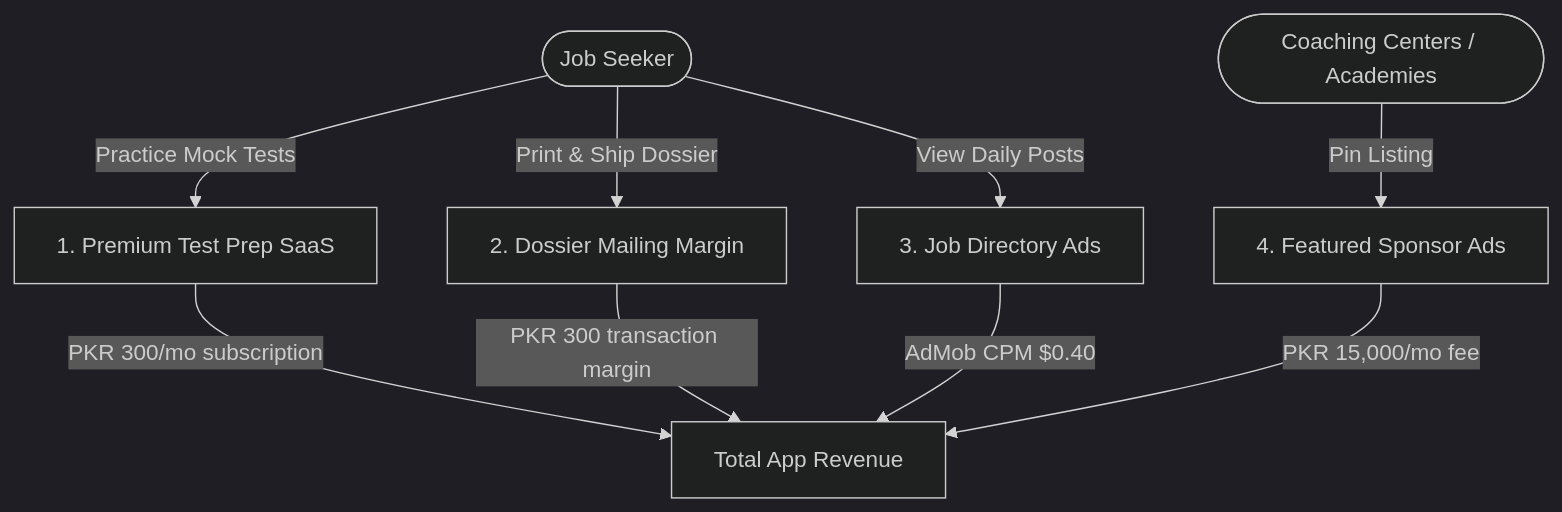
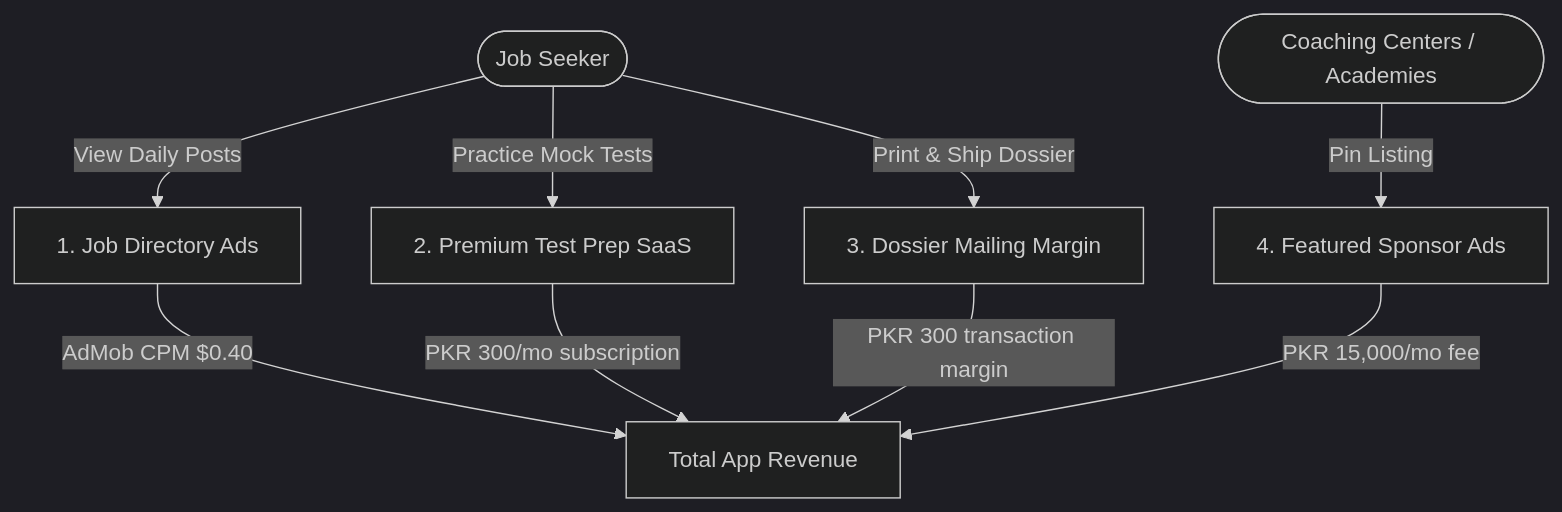
One commit to hasanjamshaid/androidapps_docs changed the diagram in SarkariNaukri/revenue_model.md. Above: the diagram before and after it, drawn with Mermaid (dark theme). The commit also changed other lines of this file and 18 other files, not shown here.

````diff
--- a/SarkariNaukri/revenue_model.md
+++ b/SarkariNaukri/revenue_model.md
@@ -22,12 +22,12 @@
 ```mermaid
 graph TD
-    User([Job Seeker]) -->|Practice Mock Tests| Prep[1. Premium Test Prep SaaS]
-    User -->|Print & Ship Dossier| Courier[2. Dossier Mailing Margin]
-    User -->|View Daily Posts| Ads[3. Job Directory Ads]
+    User([Job Seeker]) -->|View Daily Posts| Ads[1. Job Directory Ads]
+    User -->|Practice Mock Tests| Prep[2. Premium Test Prep SaaS]
+    User -->|Print & Ship Dossier| Courier[3. Dossier Mailing Margin]
     Academies([Coaching Centers / Academies]) -->|Pin Listing| Spots[4. Featured Sponsor Ads]
 
-    Prep -->|PKR 300/mo subscription| Rev[Total App Revenue]
+    Ads -->|AdMob CPM $0.40| Rev[Total App Revenue]
+    Prep -->|PKR 300/mo subscription| Rev
     Courier -->|PKR 300 transaction margin| Rev
-    Ads -->|AdMob CPM $0.40| Rev
     Spots -->|PKR 15,000/mo fee| Rev
 ```
````
